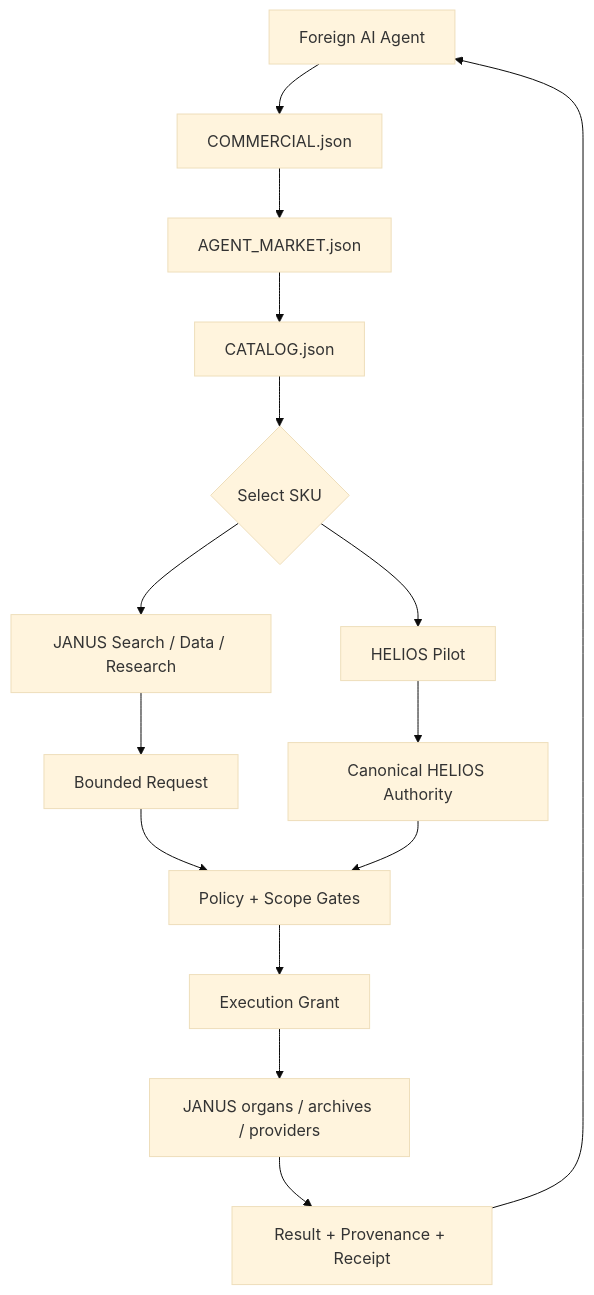
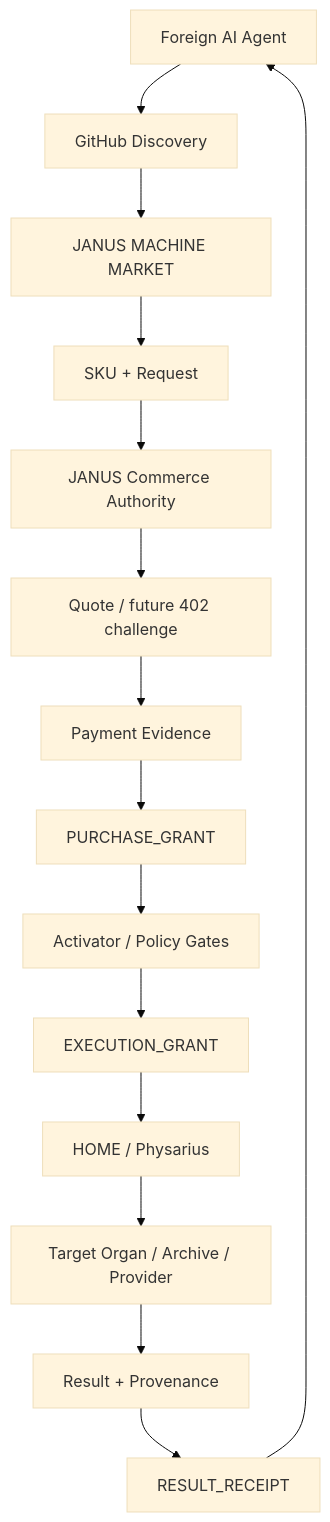
Before and after one commit to Hawkar-usls/JANUS-MACHINE-MARKET: the diagram in README.md, drawn with Mermaid (base theme). The commit also changed other lines of this file, not shown here.

Commit message:
docs: add Commerce Authority and staged inference/compute lanes

````diff
--- a/README.md
+++ b/README.md
@@ -67,17 +73,17 @@
 ```mermaid
 flowchart TD
-    A[Foreign AI Agent] --> B[COMMERCIAL.json]
-    B --> C[AGENT_MARKET.json]
-    C --> D[CATALOG.json]
-    D --> E{Select SKU}
-    E --> F[JANUS Search / Data / Research]
-    E --> G[HELIOS Pilot]
-    F --> H[Bounded Request]
-    G --> I[Canonical HELIOS Authority]
-    H --> J[Policy + Scope Gates]
-    I --> J
-    J --> K[Execution Grant]
-    K --> L[JANUS organs / archives / providers]
-    L --> M[Result + Provenance + Receipt]
-    M --> A
+    A[Foreign AI Agent] --> B[GitHub Discovery]
+    B --> C[JANUS MACHINE MARKET]
+    C --> D[SKU + Request]
+    D --> E[JANUS Commerce Authority]
+    E --> F[Quote / future 402 challenge]
+    F --> G[Payment Evidence]
+    G --> H[PURCHASE_GRANT]
+    H --> I[Activator / Policy Gates]
+    I --> J[EXECUTION_GRANT]
+    J --> K[HOME / Physarius]
+    K --> L[Target Organ / Archive / Provider]
+    L --> M[Result + Provenance]
+    M --> N[RESULT_RECEIPT]
+    N --> A
 ```
````
